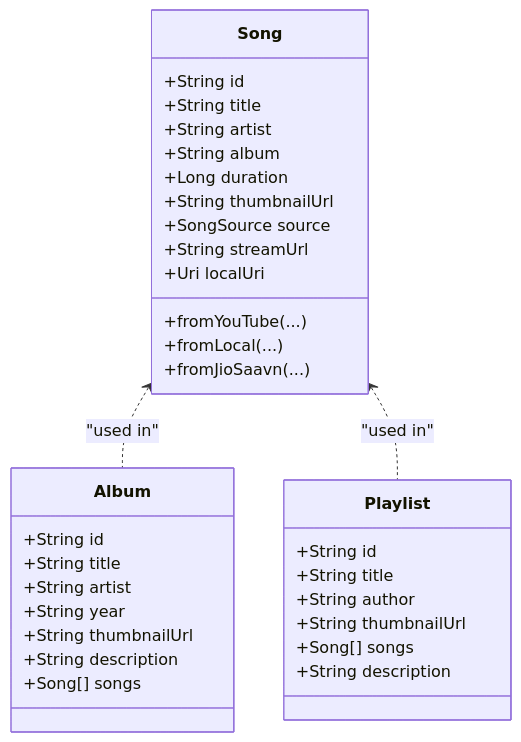
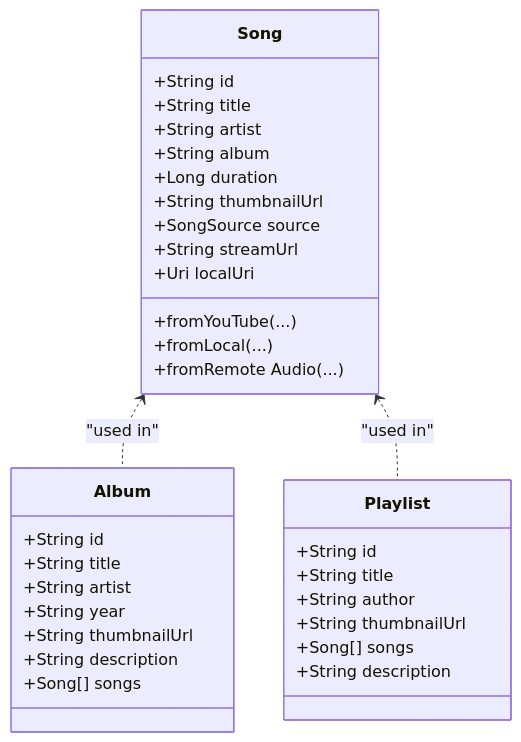
The third of 8 diagrams in docs/Core Modules/Core Modules.md (suvojeet-sengupta/SuvMusic), drawn with Mermaid before and after one commit. The commit also changed other lines of this file and 32 other files, not shown here.

````diff
--- a/docs/Core Modules/Core Modules.md
+++ b/docs/Core Modules/Core Modules.md
@@ -172,36 +172,36 @@
 ```mermaid
 classDiagram
 class Song {
 +String id
 +String title
 +String artist
 +String album
 +Long duration
 +String thumbnailUrl
 +SongSource source
 +String streamUrl
 +Uri localUri
 +fromYouTube(...)
 +fromLocal(...)
-+fromJioSaavn(...)
++fromRemote Audio(...)
 }
 class Album {
 +String id
 +String title
 +String artist
 +String year
 +String thumbnailUrl
 +String description
 +Song[] songs
 }
 class Playlist {
 +String id
 +String title
 +String author
 +String thumbnailUrl
 +Song[] songs
 +String description
 }
 Song <.. Album : "used in"
 Song <.. Playlist : "used in"
 ```
````
